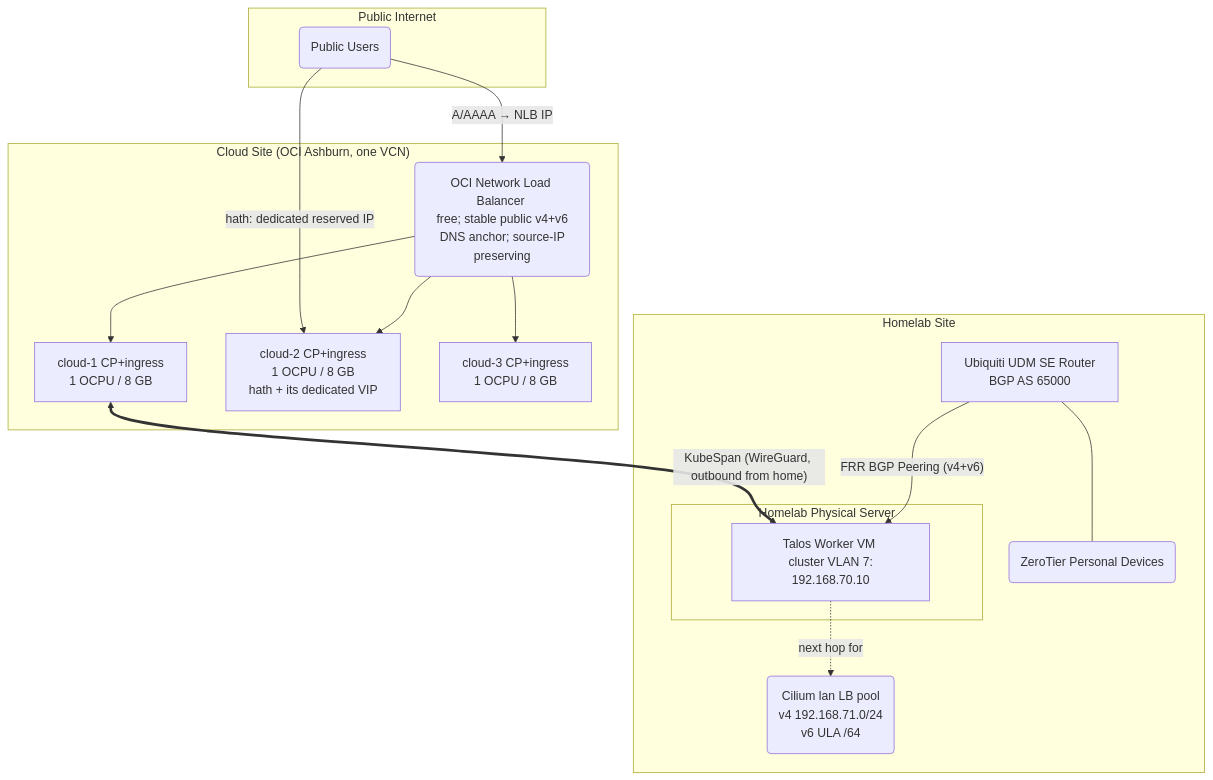
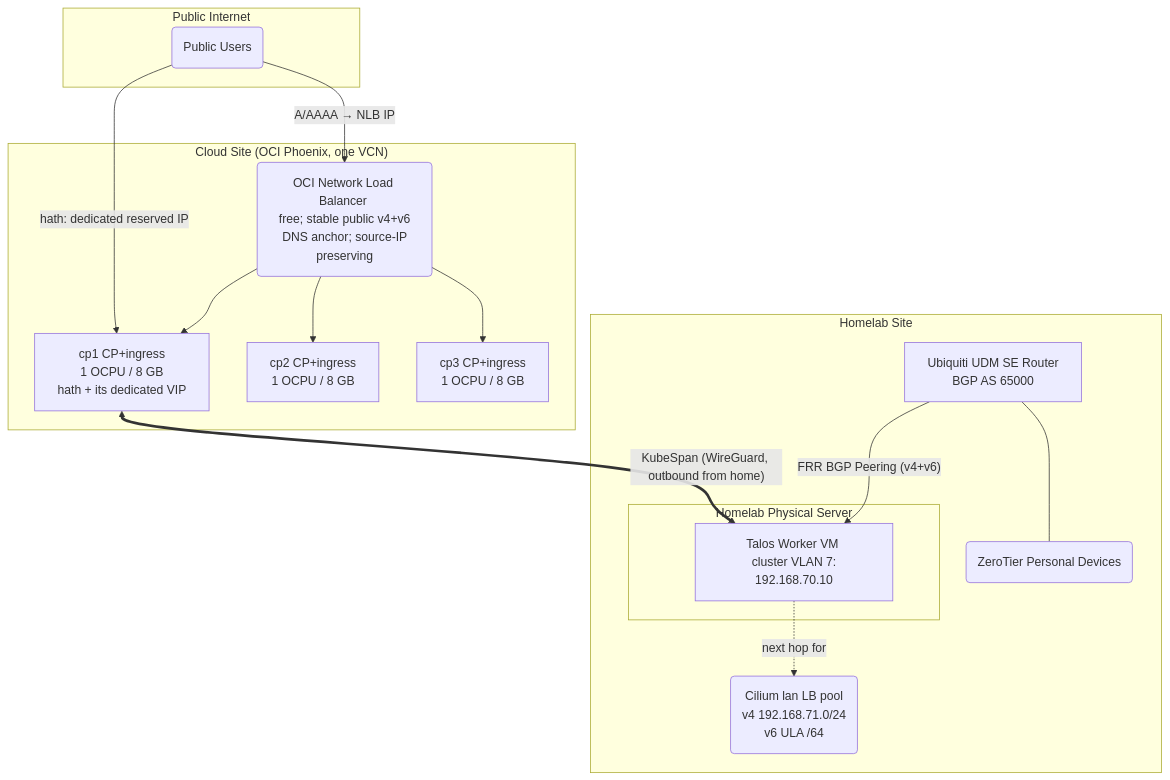
Before and after one commit to Aetf/kluster: the diagram in docs/cluster/architecture.md, drawn with Mermaid. The commit also changed other lines of this file and 14 other files, not shown here.

````diff
--- a/docs/cluster/architecture.md
+++ b/docs/cluster/architecture.md
@@ -53,39 +53,39 @@
 ```mermaid
 graph TD  
  subgraph "Public Internet"  
  User(Public Users)  
  end  
   
- subgraph "Cloud Site (OCI Ashburn, one VCN)"  
+ subgraph "Cloud Site (OCI Phoenix, one VCN)"  
  NLB(OCI Network Load Balancer <br> free; stable public v4+v6 <br> DNS anchor; source-IP preserving)  
- CP1[cloud-1 CP+ingress <br> 1 OCPU / 8 GB]  
- CP2[cloud-2 CP+ingress <br> 1 OCPU / 8 GB <br> hath + its dedicated VIP]  
- CP3[cloud-3 CP+ingress <br> 1 OCPU / 8 GB]  
+ CP1[cp1 CP+ingress <br> 1 OCPU / 8 GB <br> hath + its dedicated VIP]  
+ CP2[cp2 CP+ingress <br> 1 OCPU / 8 GB]  
+ CP3[cp3 CP+ingress <br> 1 OCPU / 8 GB]  
  NLB --> CP1  
  NLB --> CP2  
  NLB --> CP3  
  end  
   
  subgraph "Homelab Site"  
  DMSE[Ubiquiti UDM SE Router <br> BGP AS 65000]  
    
 subgraph "Homelab Physical Server"  
  Homelab_VM[Talos Worker VM <br> cluster VLAN 7: 192.168.70.10]  
  end  
    
  LB_Pool(Cilium lan LB pool <br> v4 192.168.71.0/24 <br> v6 ULA /64)  
  ZT_Net(ZeroTier Personal Devices)  
  end  
   
  %% Routing Flow  
  User -- "A/AAAA → NLB IP" --> NLB  
- User -- "hath: dedicated reserved IP" --> CP2  
+ User -- "hath: dedicated reserved IP" --> CP1  
  DMSE -- "FRR BGP Peering (v4+v6)" --> Homelab_VM  
  DMSE --- ZT_Net  
    
 %% KubeSpan  
  CP1 <== "KubeSpan (WireGuard, outbound from home)" ==> Homelab_VM  
   
 %% Logical internal links  
  Homelab_VM -. "next hop for" .-> LB_Pool  
 ```
````
